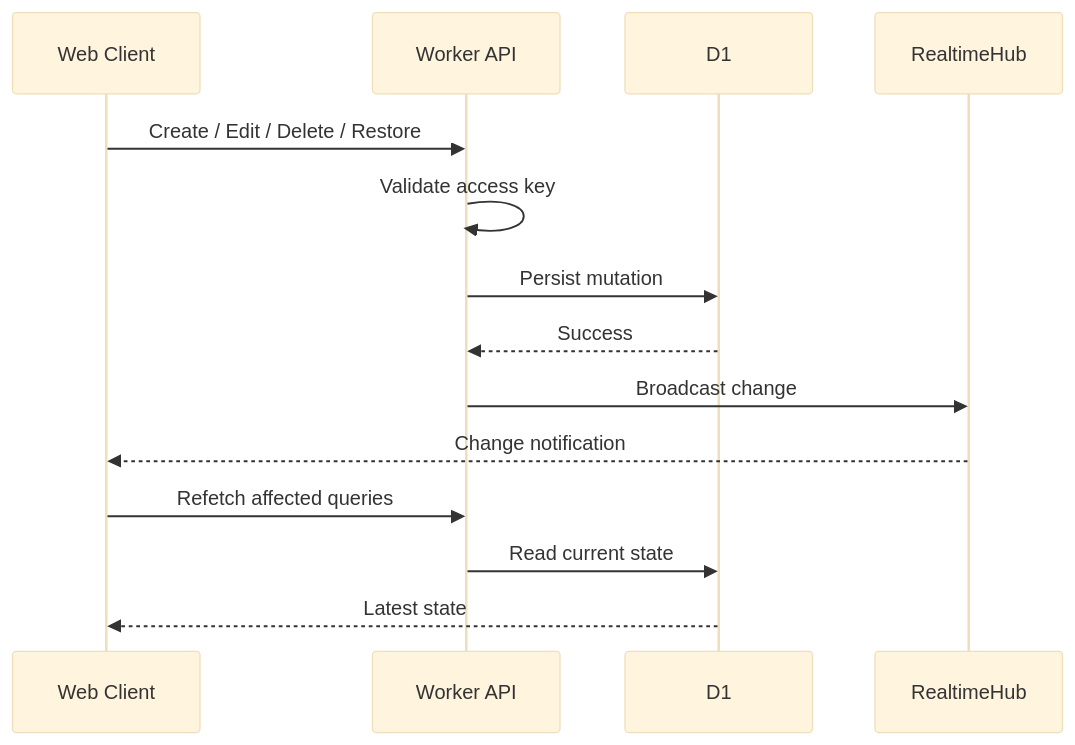
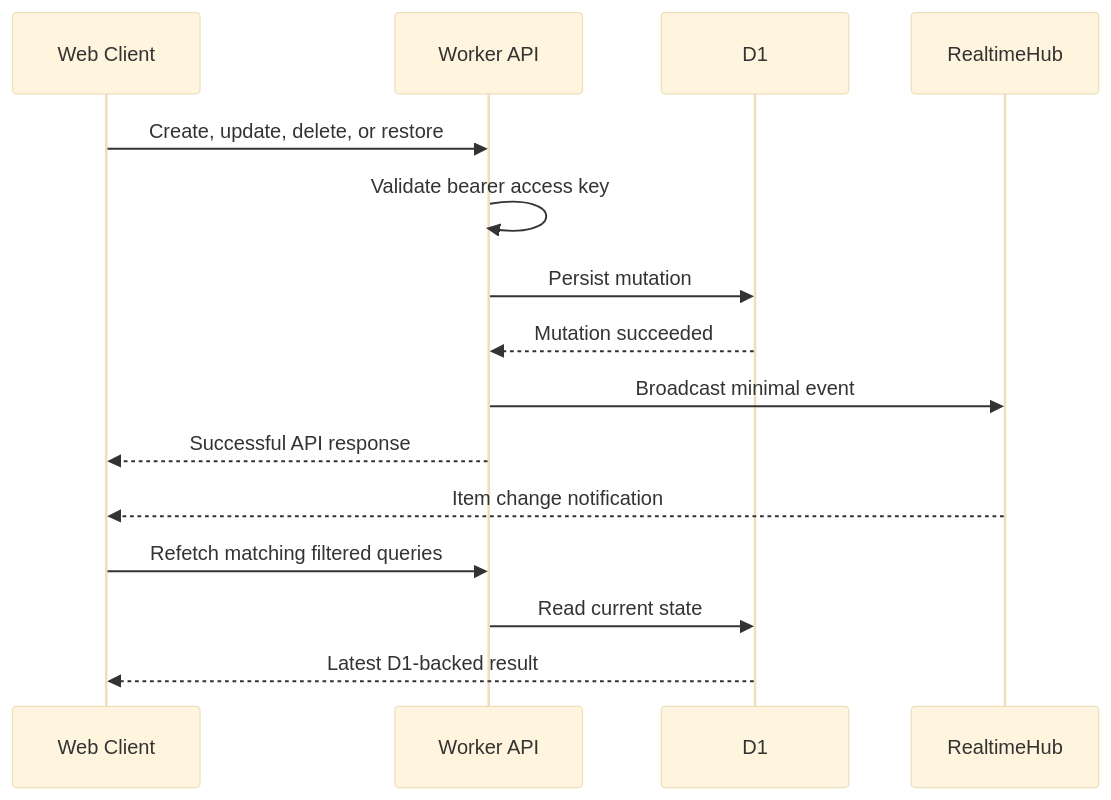
Before and after one commit to Transient-Onlooker/tg-note-agent-web: the sixth of 11 diagrams in docs/DEVELOPMENT_FLOW.md, drawn with Mermaid (base theme). The commit also changed other lines of this file, not shown here.

Commit message:
Improve development workflow diagrams

````diff
--- a/docs/DEVELOPMENT_FLOW.md
+++ b/docs/DEVELOPMENT_FLOW.md
@@ -186,19 +163,18 @@
 ```mermaid
 sequenceDiagram
     participant WEB as Web Client
     participant W as Worker API
     participant DB as D1
     participant RT as RealtimeHub
 
-    WEB->>W: Create / Edit / Delete / Restore
-    W->>W: Validate access key
+    WEB->>W: Create, update, delete, or restore
+    W->>W: Validate bearer access key
     W->>DB: Persist mutation
-    DB-->>W: Success
-
-    W->>RT: Broadcast change
-    RT-->>WEB: Change notification
-
-    WEB->>W: Refetch affected queries
+    DB-->>W: Mutation succeeded
+    W->>RT: Broadcast minimal event
+    W-->>WEB: Successful API response
+    RT-->>WEB: Item change notification
+    WEB->>W: Refetch matching filtered queries
     W->>DB: Read current state
-    DB-->>WEB: Latest state
+    DB-->>WEB: Latest D1-backed result
 ```
````
